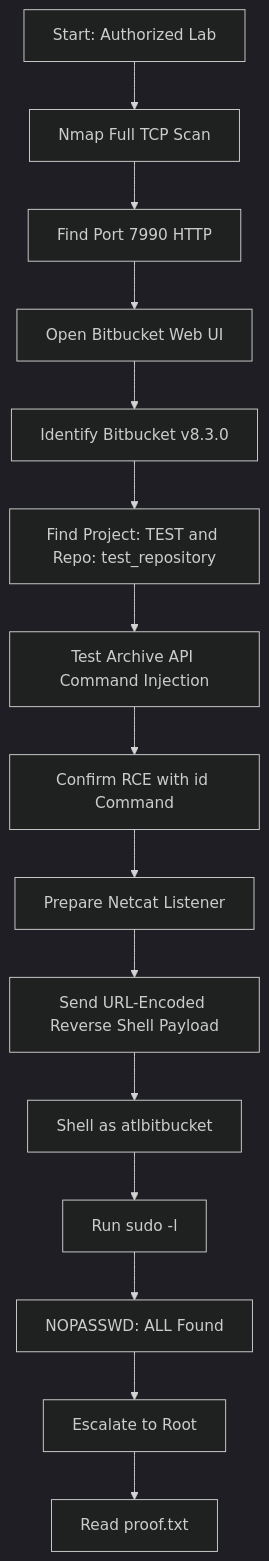
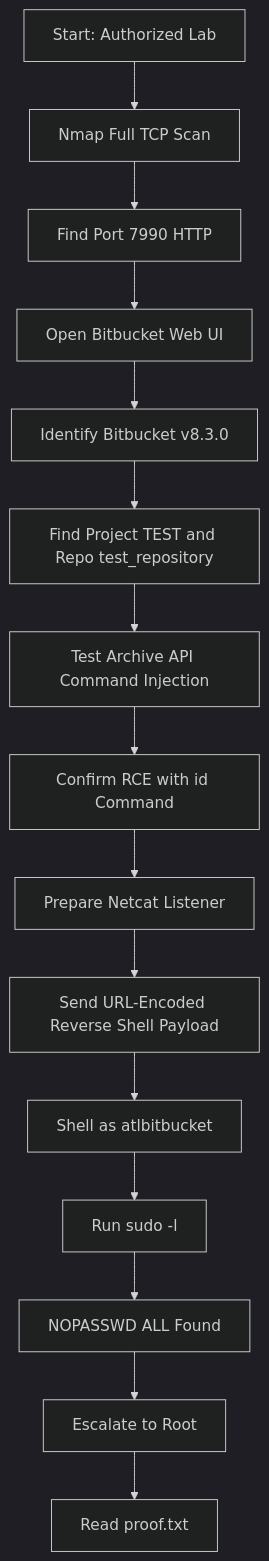
Before and after one commit to nnrnull/nnrnull.github.io: the diagram in _posts/2026-05-12-cve-2022-36804-bitbucket-rce.md, drawn with Mermaid (dark theme). The commit also changed other lines of this file and 1 other file, not shown here.

````diff
--- a/_posts/2026-05-12-cve-2022-36804-bitbucket-rce.md
+++ b/_posts/2026-05-12-cve-2022-36804-bitbucket-rce.md
@@ -89,17 +89,17 @@
 ```mermaid
 flowchart TD
     A["Start: Authorized Lab"] --> B["Nmap Full TCP Scan"]
     B --> C["Find Port 7990 HTTP"]
     C --> D["Open Bitbucket Web UI"]
     D --> E["Identify Bitbucket v8.3.0"]
-    E --> F["Find Project: TEST and Repo: test_repository"]
+    E --> F["Find Project TEST and Repo test_repository"]
     F --> G["Test Archive API Command Injection"]
     G --> H["Confirm RCE with id Command"]
     H --> I["Prepare Netcat Listener"]
     I --> J["Send URL-Encoded Reverse Shell Payload"]
     J --> K["Shell as atlbitbucket"]
     K --> L["Run sudo -l"]
-    L --> M["NOPASSWD: ALL Found"]
+    L --> M["NOPASSWD ALL Found"]
     M --> N["Escalate to Root"]
     N --> O["Read proof.txt"]
 ```
````
